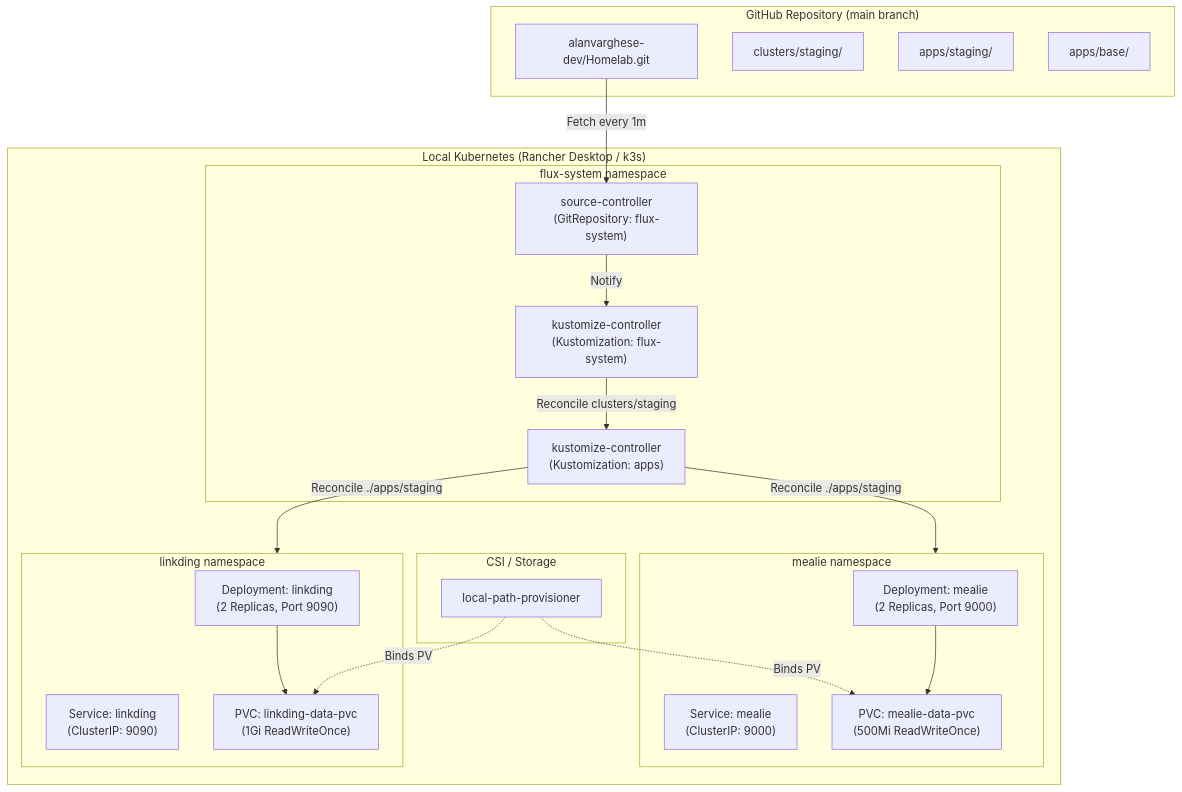
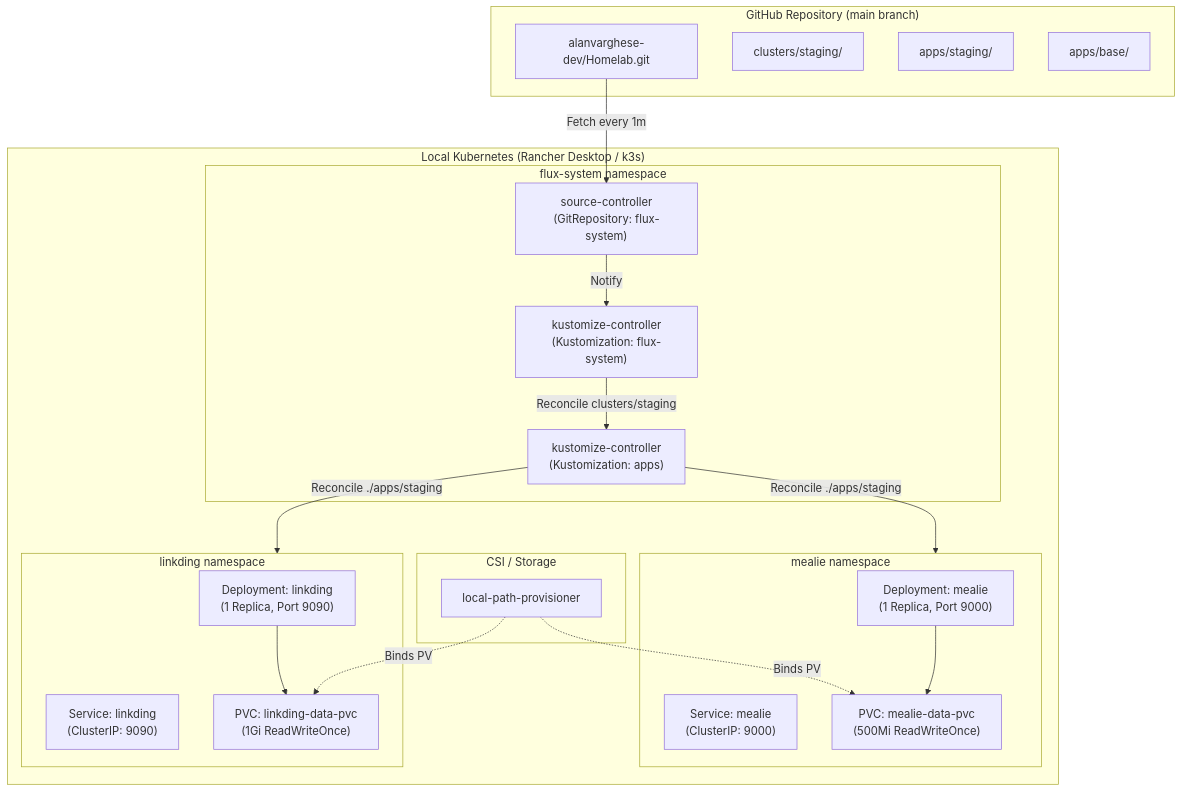
Before and after one commit to alanvarghese-dev/Homelab: the diagram in README.md, drawn with Mermaid. The commit also changed other lines of this file and 3 other files, not shown here.

````diff
--- a/README.md
+++ b/README.md
@@ -37,43 +37,43 @@
 ```mermaid
 flowchart TD
     subgraph Git ["GitHub Repository (main branch)"]
         GitRepo["alanvarghese-dev/Homelab.git"]
         ClusterDir["clusters/staging/"]
         AppsStaging["apps/staging/"]
         AppsBase["apps/base/"]
     end
 
     subgraph Cluster ["Local Kubernetes (Rancher Desktop / k3s)"]
         subgraph Flux ["flux-system namespace"]
             SC["source-controller<br/>(GitRepository: flux-system)"]
             KC["kustomize-controller<br/>(Kustomization: flux-system)"]
             KCApps["kustomize-controller<br/>(Kustomization: apps)"]
         end
 
         subgraph StorageClass ["CSI / Storage"]
             LP["local-path-provisioner"]
         end
 
         subgraph LinkdingNS ["linkding namespace"]
-            LinkdingDep["Deployment: linkding<br/>(2 Replicas, Port 9090)"]
+            LinkdingDep["Deployment: linkding<br/>(1 Replica, Port 9090)"]
             LinkdingSvc["Service: linkding<br/>(ClusterIP: 9090)"]
             LinkdingPVC["PVC: linkding-data-pvc<br/>(1Gi ReadWriteOnce)"]
         end
 
         subgraph MealieNS ["mealie namespace"]
-            MealieDep["Deployment: mealie<br/>(2 Replicas, Port 9000)"]
+            MealieDep["Deployment: mealie<br/>(1 Replica, Port 9000)"]
             MealieSvc["Service: mealie<br/>(ClusterIP: 9000)"]
             MealiePVC["PVC: mealie-data-pvc<br/>(500Mi ReadWriteOnce)"]
         end
     end
 
     GitRepo -->|Fetch every 1m| SC
     SC -->|Notify| KC
     KC -->|Reconcile clusters/staging| KCApps
     KCApps -->|Reconcile ./apps/staging| LinkdingNS
     KCApps -->|Reconcile ./apps/staging| MealieNS
     LinkdingDep --> LinkdingPVC
     MealieDep --> MealiePVC
     LP -.->|Binds PV| LinkdingPVC
     LP -.->|Binds PV| MealiePVC
 ```
````
